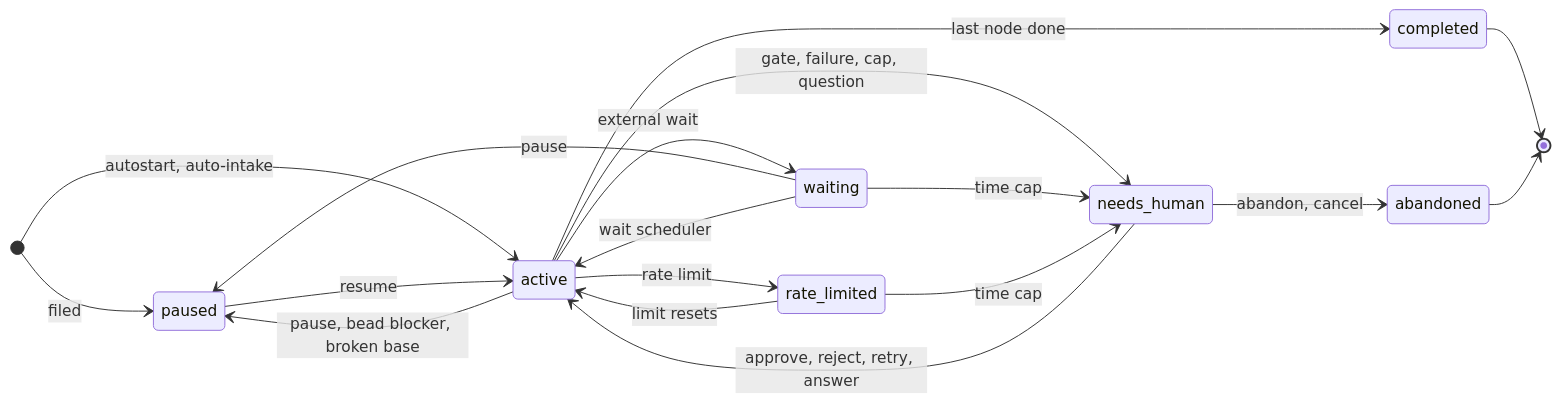
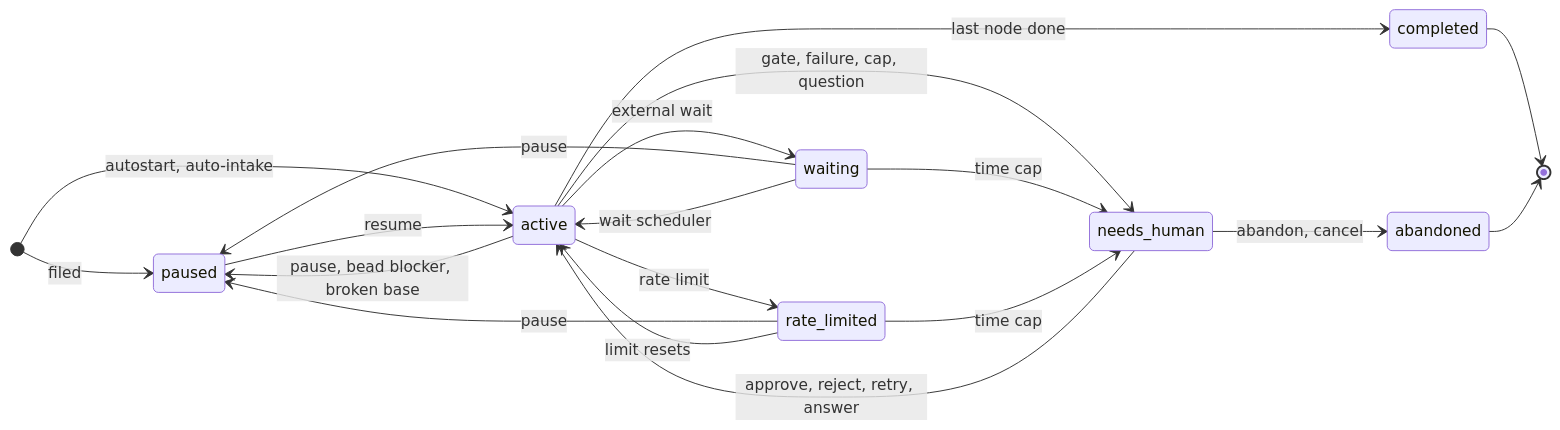
One commit to itsOmidKarami/kraft changed the diagram in docsite/diagrams/status.mmd. Above: the diagram before and after it, drawn with Mermaid. The commit also changed 2 other files, not shown here.

Commit message:
docs: a rate-limited item can be paused, in the status table and diagram (R11D-04)
Claude-Session: https://claude.ai/code/session_01JVtdxyjohSavqhvtatxHKa

```diff
--- a/docsite/diagrams/status.mmd
+++ b/docsite/diagrams/status.mmd
@@ -1,19 +1,20 @@
 stateDiagram-v2
   direction LR
   [*] --> paused: filed
   [*] --> active: autostart, auto-intake
   paused --> active: resume
   active --> paused: pause, bead blocker, broken base
   waiting --> paused: pause
+  rate_limited --> paused: pause
   active --> waiting: external wait
   waiting --> active: wait scheduler
   active --> rate_limited: rate limit
   rate_limited --> active: limit resets
   active --> needs_human: gate, failure, cap, question
   waiting --> needs_human: time cap
   rate_limited --> needs_human: time cap
   needs_human --> active: approve, reject, retry, answer
   active --> completed: last node done
   needs_human --> abandoned: abandon, cancel
   completed --> [*]
   abandoned --> [*]
```
